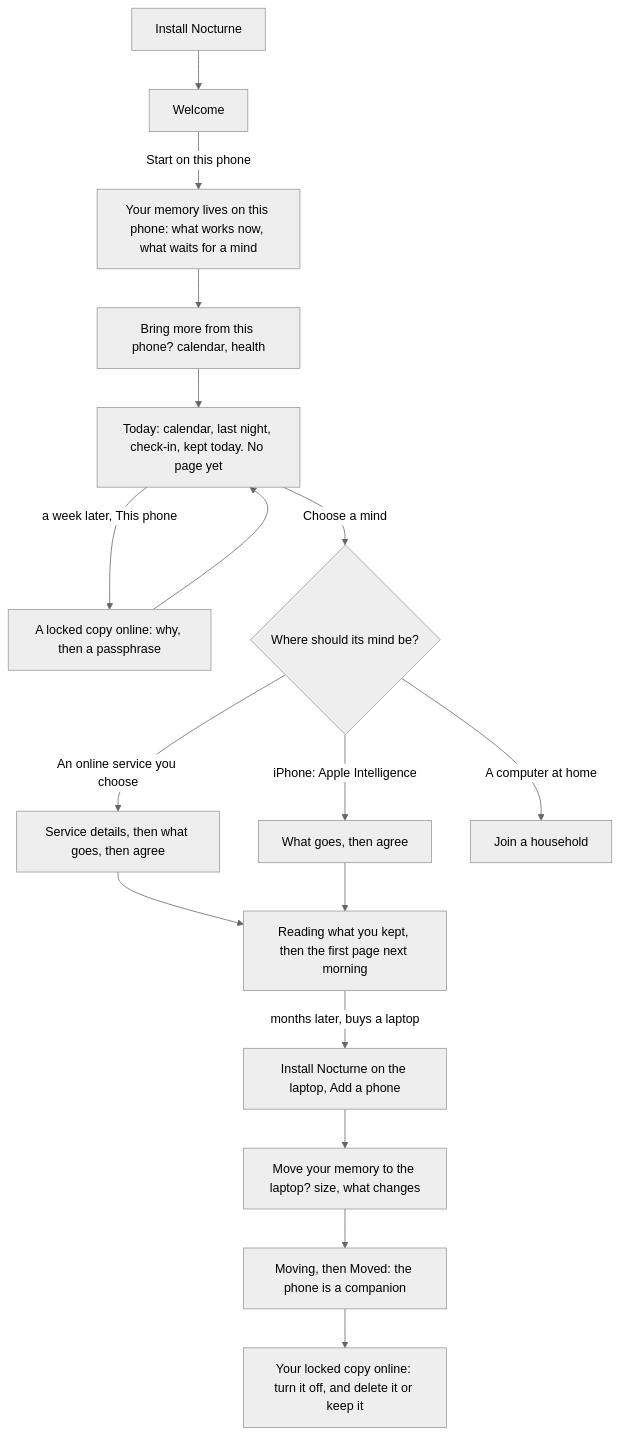
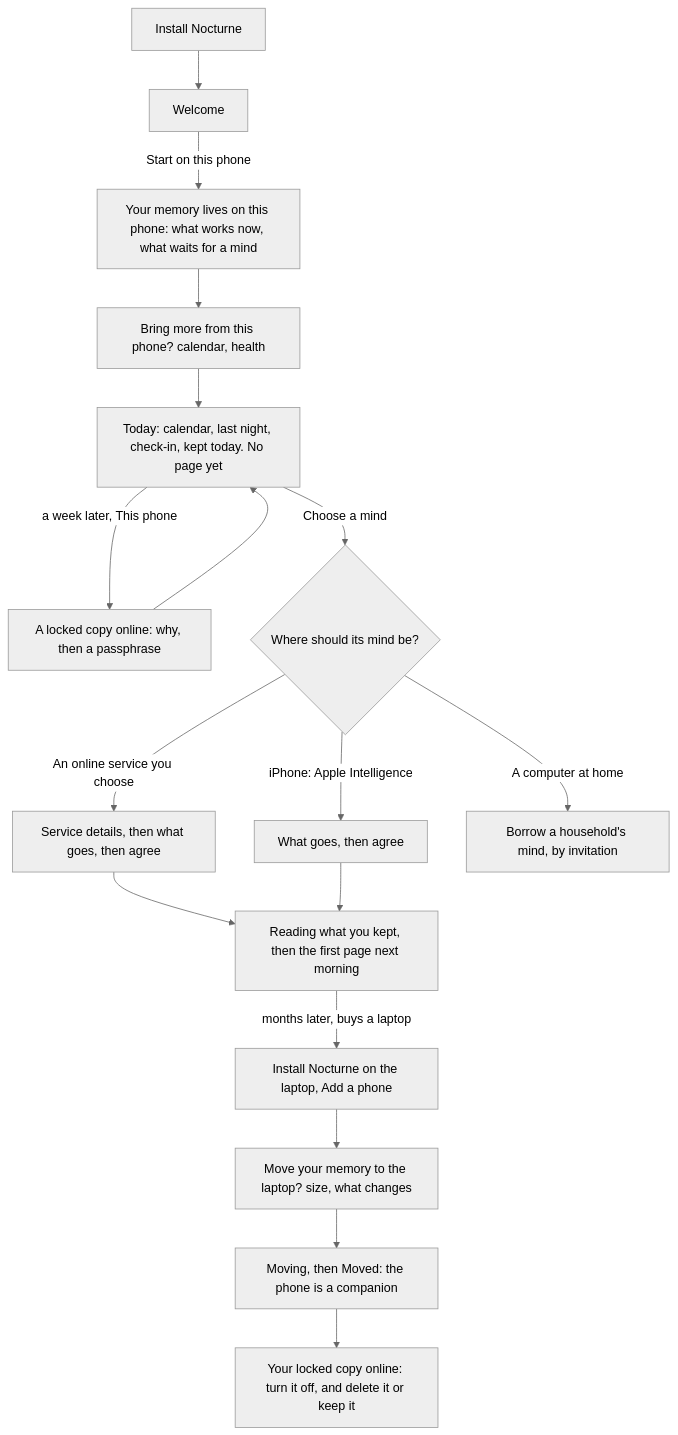
The second of 5 diagrams in docs/design/phone-parity.md (agync/nocturne), drawn with Mermaid (neutral theme) before and after one commit. The commit also changed other lines of this file and 4 other files, not shown here.

````diff
--- a/docs/design/phone-parity.md
+++ b/docs/design/phone-parity.md
@@ -132,19 +148,19 @@
 ```mermaid
 flowchart TD
     I[Install Nocturne] --> W[Welcome]
     W -->|Start on this phone| ST[Your memory lives on this phone: what works now, what waits for a mind]
     ST --> OF[Bring more from this phone? calendar, health]
     OF --> T1[Today: calendar, last night, check-in, kept today. No page yet]
     T1 -->|a week later, This phone| CP[A locked copy online: why, then a passphrase]
     CP --> T1
     T1 -->|Choose a mind| CM{Where should its mind be?}
     CM -->|An online service you choose| SV[Service details, then what goes, then agree]
     CM -->|iPhone: Apple Intelligence| AP[What goes, then agree]
-    CM -->|A computer at home| HH[Join a household]
+    CM -->|A computer at home| HH[Borrow a household's mind, by invitation]
     SV --> FP[Reading what you kept, then the first page next morning]
     AP --> FP
     FP -->|months later, buys a laptop| D[Install Nocturne on the laptop, Add a phone]
     D --> MV[Move your memory to the laptop? size, what changes]
     MV --> MO[Moving, then Moved: the phone is a companion]
     MO --> CO[Your locked copy online: turn it off, and delete it or keep it]
 ```
````
